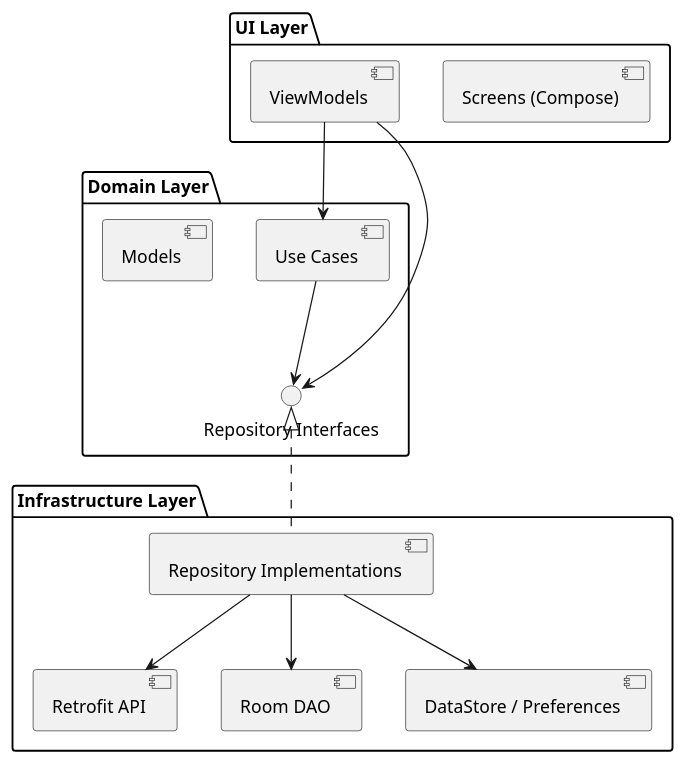
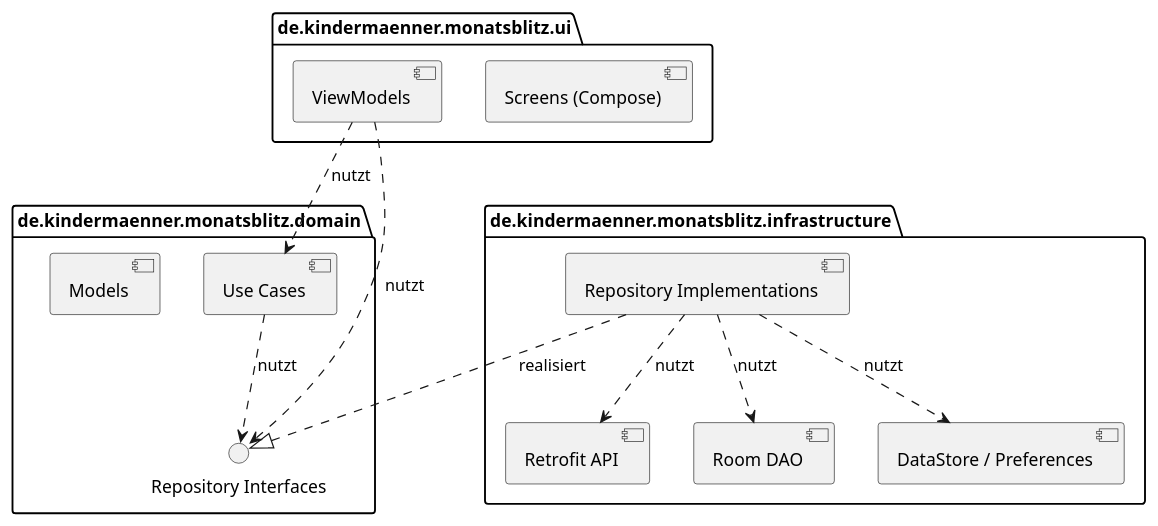
The diagram in docs/architecture/src/building-blocks-l1.puml (kindermaenner/monatsblitz-android-app), drawn with PlantUML before and after one commit. The commit also changed 6 other files, not shown here.

Commit message:
adapted pictures to uml conformity

```diff
--- a/docs/architecture/src/building-blocks-l1.puml
+++ b/docs/architecture/src/building-blocks-l1.puml
@@ -1,27 +1,30 @@
 @startuml
-package "UI Layer" {
-    [Screens (Compose)]
-    [ViewModels]
+skinparam componentStyle uml2
+
+package "de.kindermaenner.monatsblitz.ui" {
+    component "Screens (Compose)" as Screens
+    component "ViewModels" as ViewModels
 }
 
-package "Domain Layer" {
-    [Use Cases]
-    [Models]
-    interface "Repository Interfaces"
+package "de.kindermaenner.monatsblitz.domain" {
+    component "Use Cases" as UseCases
+    component "Models" as Models
+    interface "Repository Interfaces" as IRepo
 }
 
-package "Infrastructure Layer" {
-    [Repository Implementations]
-    [Retrofit API]
-    [Room DAO]
-    [DataStore / Preferences]
+package "de.kindermaenner.monatsblitz.infrastructure" {
+    component "Repository Implementations" as RepoImpl
+    component "Retrofit API" as API
+    component "Room DAO" as DAO
+    component "DataStore / Preferences" as Storage
 }
 
-[ViewModels] --> [Use Cases]
-[ViewModels] --> "Repository Interfaces"
-[Use Cases] --> "Repository Interfaces"
-"Repository Interfaces" <|.. [Repository Implementations]
-[Repository Implementations] --> [Retrofit API]
-[Repository Implementations] --> [Room DAO]
-[Repository Implementations] --> [DataStore / Preferences]
+ViewModels ..> UseCases : nutzt
+ViewModels ..> IRepo : nutzt
+UseCases ..> IRepo : nutzt
+RepoImpl ..|> IRepo : realisiert
+RepoImpl ..> API : nutzt
+RepoImpl ..> DAO : nutzt
+RepoImpl ..> Storage : nutzt
+
 @enduml
```
